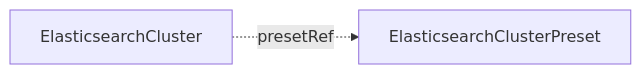
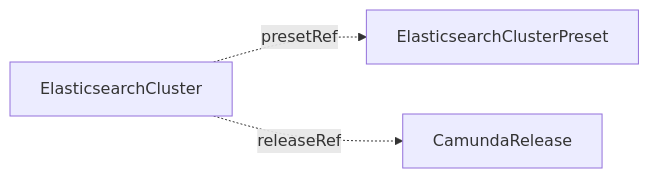
Before and after one commit to konsole-is/camunda-operator: the diagram in docs/crds/elasticsearchclusterpreset.md, drawn with Mermaid. The commit also changed other lines of this file and 63 other files, not shown here.

First line of the commit message:
feat(release): carry the storage versions on the CamundaRelease (#360)

````diff
--- a/docs/crds/elasticsearchclusterpreset.md
+++ b/docs/crds/elasticsearchclusterpreset.md
@@ -23,4 +22,5 @@
 ```mermaid
 graph LR
     ESC[ElasticsearchCluster] -.->|presetRef| ESCP[ElasticsearchClusterPreset]
+    ESC -.->|releaseRef| CR[CamundaRelease]
 ```
````
